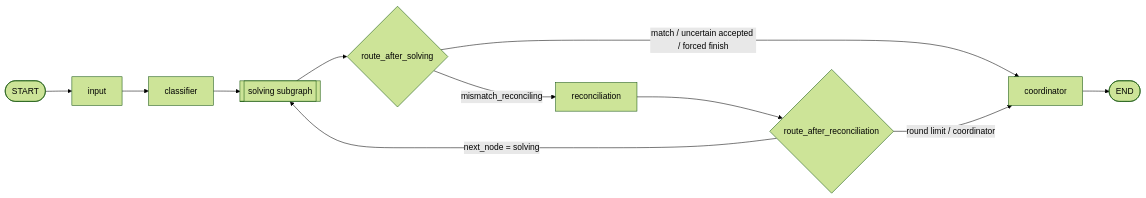
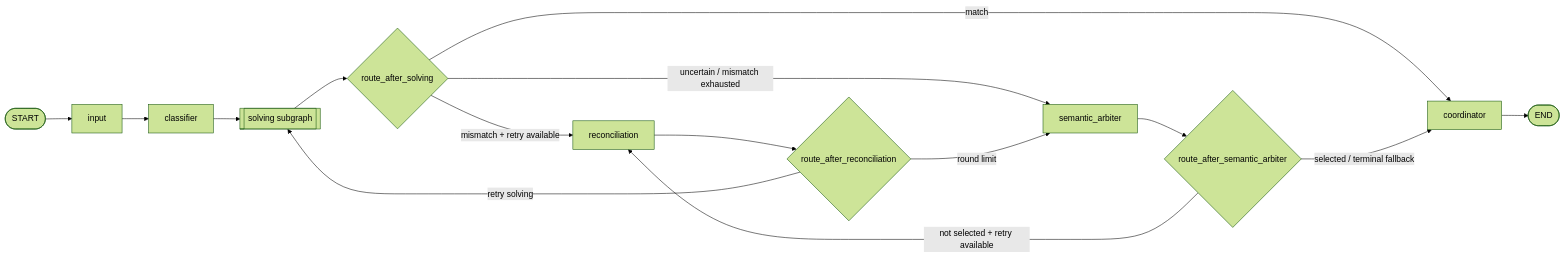
The first of 3 diagrams in README.md (CNZkeven/ICMA-A_Graph_Architecture_Based_Mathematical_Intelligence_Agent_System), drawn with Mermaid (forest theme) before and after one commit. The commit also changed other lines of this file and 180 other files, not shown here.

````diff
--- a/README.md
+++ b/README.md
@@ -119,13 +158,17 @@
 ```mermaid
 flowchart LR
     Start([START]) --> Input[input]
     Input --> Classifier[classifier]
     Classifier --> Solving[[solving subgraph]]
     Solving --> Route{route_after_solving}
-    Route -->|match / uncertain accepted / forced finish| Coordinator[coordinator]
-    Route -->|mismatch_reconciling| Reconciliation[reconciliation]
+    Route -->|match| Coordinator[coordinator]
+    Route -->|mismatch + retry available| Reconciliation[reconciliation]
+    Route -->|uncertain / mismatch exhausted| Arbiter[semantic_arbiter]
     Reconciliation --> RRoute{route_after_reconciliation}
-    RRoute -->|next_node = solving| Solving
-    RRoute -->|round limit / coordinator| Coordinator
+    RRoute -->|retry solving| Solving
+    RRoute -->|round limit| Arbiter
+    Arbiter --> ARoute{route_after_semantic_arbiter}
+    ARoute -->|selected / terminal fallback| Coordinator
+    ARoute -->|not selected + retry available| Reconciliation
     Coordinator --> End([END])
 ```
````
